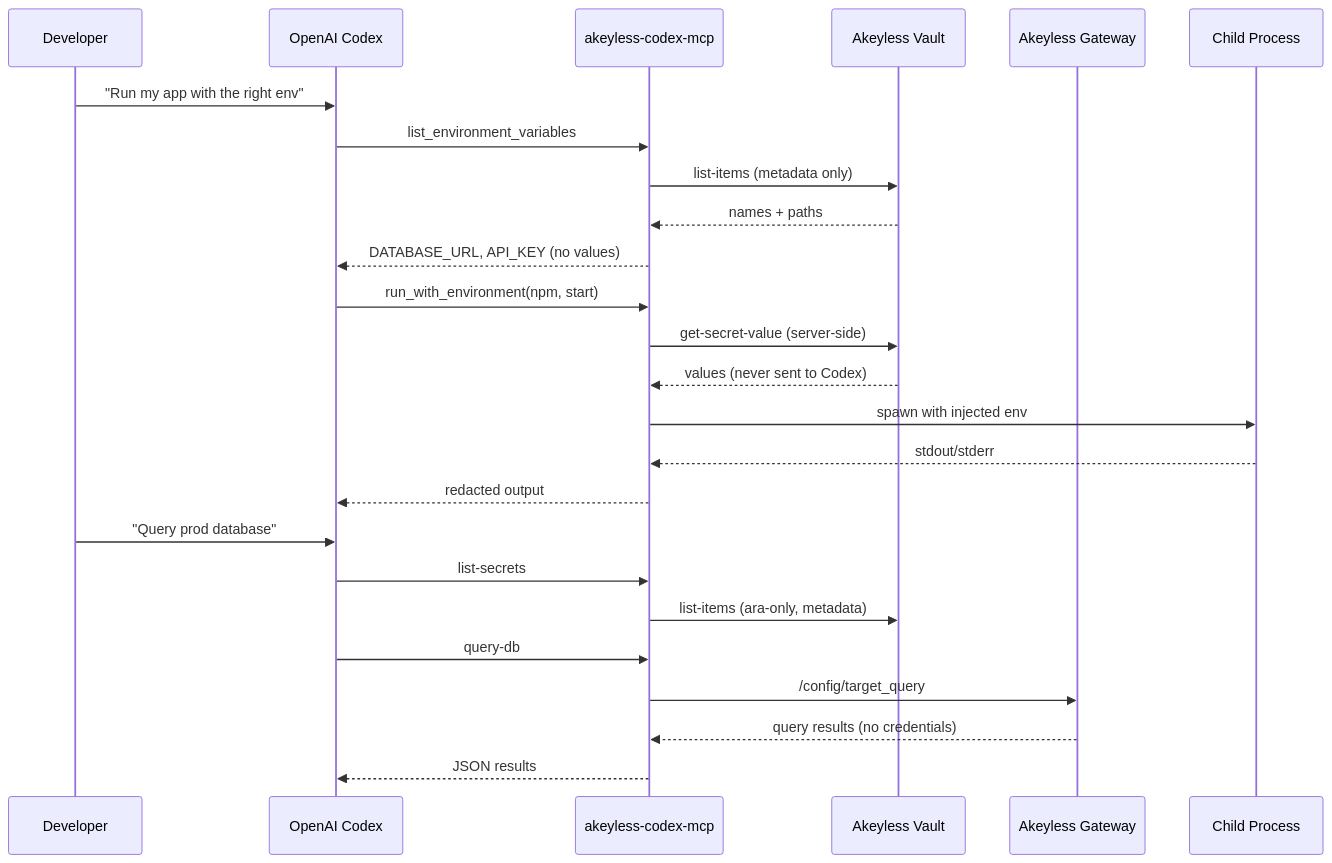
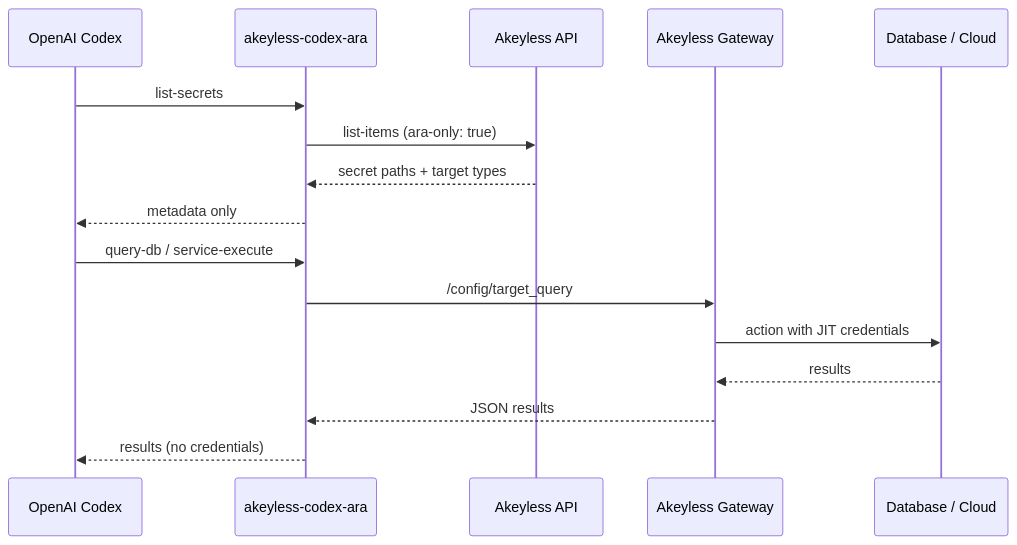
Before and after one commit to akeyless-community/codex-akeyless-mcp: the diagram in README.md, drawn with Mermaid. The commit also changed other lines of this file and 26 other files, not shown here.

First line of the commit message:
Refactor to ARA-only MCP aligned with Claude connector. (#1)

````diff
--- a/README.md
+++ b/README.md
@@ -23,29 +98,19 @@
 ```mermaid
 sequenceDiagram
-    participant Dev as Developer
     participant Codex as OpenAI Codex
-    participant MCP as akeyless-codex-mcp
-    participant AKL as Akeyless Vault
+    participant MCP as akeyless-codex-ara
+    participant API as Akeyless API
     participant GW as Akeyless Gateway
-    participant App as Child Process
+    participant Target as Database / Cloud
 
-    Dev->>Codex: "Run my app with the right env"
-    Codex->>MCP: list_environment_variables
-    MCP->>AKL: list-items (metadata only)
-    AKL-->>MCP: names + paths
-    MCP-->>Codex: DATABASE_URL, API_KEY (no values)
-    Codex->>MCP: run_with_environment(npm, start)
-    MCP->>AKL: get-secret-value (server-side)
-    AKL-->>MCP: values (never sent to Codex)
-    MCP->>App: spawn with injected env
-    App-->>MCP: stdout/stderr
-    MCP-->>Codex: redacted output
-
-    Dev->>Codex: "Query prod database"
     Codex->>MCP: list-secrets
-    MCP->>AKL: list-items (ara-only, metadata)
-    Codex->>MCP: query-db
+    MCP->>API: list-items (ara-only: true)
+    API-->>MCP: secret paths + target types
+    MCP-->>Codex: metadata only
+    Codex->>MCP: query-db / service-execute
     MCP->>GW: /config/target_query
-    GW-->>MCP: query results (no credentials)
-    MCP-->>Codex: JSON results
+    GW->>Target: action with JIT credentials
+    Target-->>GW: results
+    GW-->>MCP: JSON results
+    MCP-->>Codex: results (no credentials)
 ```
````
